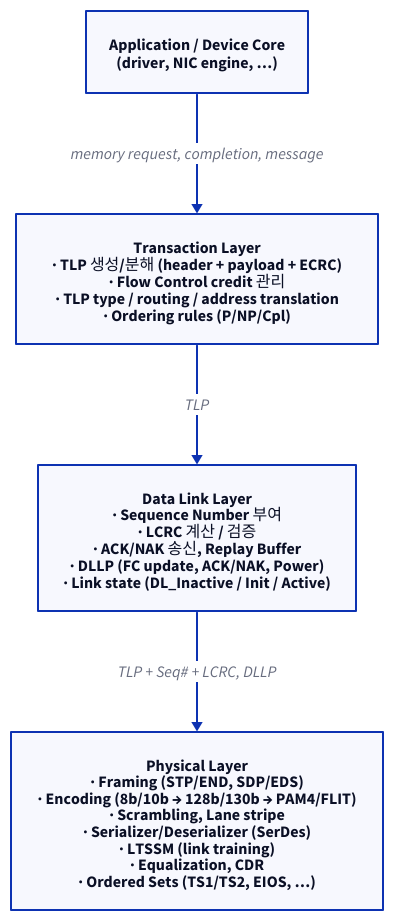
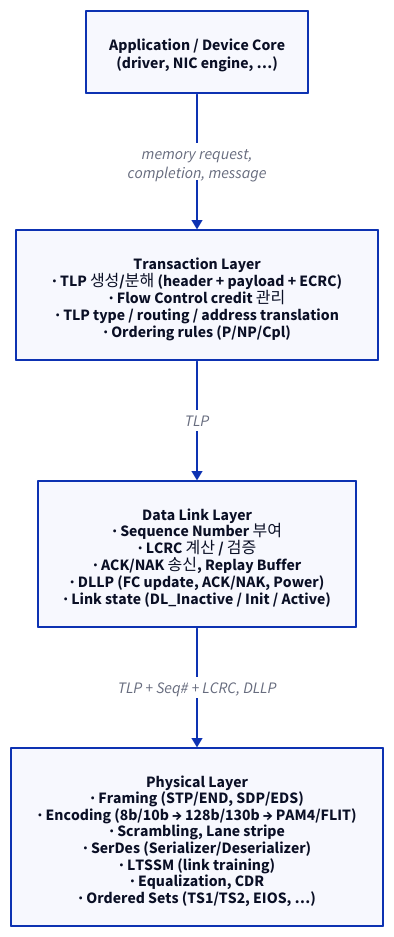
One commit to humbleowl39/DV_SKOOL changed the fourth of 9 diagrams in topics/pcie/docs/02_layer_architecture.md. Above: the diagram before and after it, drawn with D2. The commit also changed other lines of this file and 90 other files, not shown here.

First line of the commit message:
docs: 전 토픽 다이어그램 정비 — ASCII→D2, mermaid→D2, 과대 D2 가시성 수정

````diff
--- a/topics/pcie/docs/02_layer_architecture.md
+++ b/topics/pcie/docs/02_layer_architecture.md
@@ -253,11 +261,11 @@
 ```d2
 direction: down
 
 APP: "Application / Device Core\n(driver, NIC engine, …)"
 TL: "Transaction Layer\n· TLP 생성/분해 (header + payload + ECRC)\n· Flow Control credit 관리\n· TLP type / routing / address translation\n· Ordering rules (P/NP/Cpl)"
 DLL: "Data Link Layer\n· Sequence Number 부여\n· LCRC 계산 / 검증\n· ACK/NAK 송신, Replay Buffer\n· DLLP (FC update, ACK/NAK, Power)\n· Link state (DL_Inactive / Init / Active)"
-PL: "Physical Layer\n· Framing (STP/END, SDP/EDS)\n· Encoding (8b/10b → 128b/130b → PAM4/FLIT)\n· Scrambling, Lane stripe\n· Serializer/Deserializer (SerDes)\n· LTSSM (link training)\n· Equalization, CDR\n· Ordered Sets (TS1/TS2, EIOS, …)"
-APP -> TL: "memory request, completion, message"
+PL: "Physical Layer\n· Framing (STP/END, SDP/EDS)\n· Encoding (8b/10b → 128b/130b → PAM4/FLIT)\n· Scrambling, Lane stripe\n· SerDes (Serializer/Deserializer)\n· LTSSM (link training)\n· Equalization, CDR\n· Ordered Sets (TS1/TS2, EIOS, …)"
+APP -> TL: "memory request,\ncompletion, message"
 TL -> DLL: "TLP"
 DLL -> PL: "TLP + Seq# + LCRC, DLLP"
 ```
````
